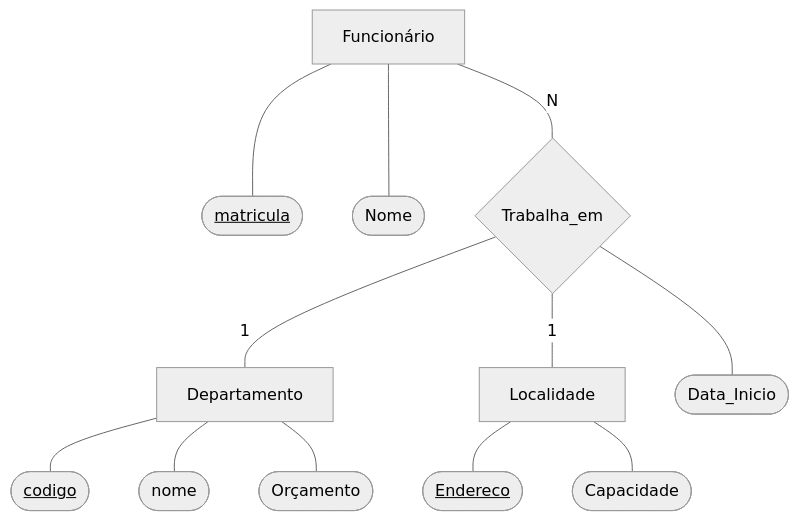
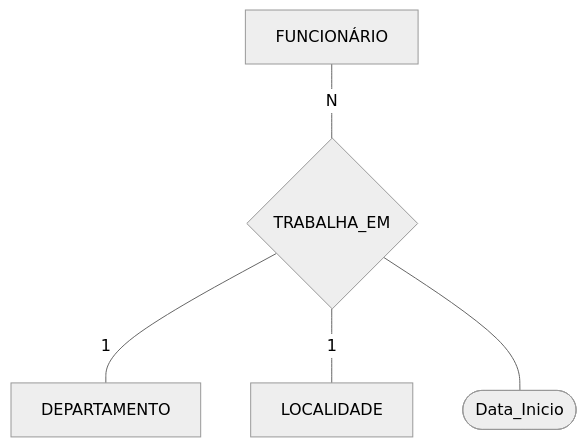
The third of 5 diagrams in 02. Modelagem de Dados/07. Modelo de entidades e relacionamentos estendido.md (leorruas/puc), drawn with Mermaid (neutral theme) before and after one commit. The commit also changed other lines of this file, not shown here.

Commit message:
Normaliza Mermaid do modelo entidade-relacionamento estendido

````diff
--- a/02. Modelagem de Dados/07. Modelo de entidades e relacionamentos estendido.md
+++ b/02. Modelagem de Dados/07. Modelo de entidades e relacionamentos estendido.md
@@ -141,29 +138,13 @@
 ```mermaid
 flowchart TD
-    Funcionario2["Funcionário"]
-    Matr2(["<u>matricula</u>"])
-    Nome2(["Nome"])
-    Funcionario2 --- Matr2
-    Funcionario2 --- Nome2
+    Funcionario["FUNCIONÁRIO"]:::data
+    Departamento["DEPARTAMENTO"]:::data
+    Localidade["LOCALIDADE"]:::data
+    Trabalha{"TRABALHA_EM"}:::core
+    DataInicio(["Data_Inicio"]):::component
 
-    Depto["Departamento"]
-    CodDepto(["<u>codigo</u>"])
-    NomeDepto(["nome"])
-    OrcDepto(["Orçamento"])
-    Depto --- CodDepto
-    Depto --- NomeDepto
-    Depto --- OrcDepto
-
-    Loc["Localidade"]
-    EndLoc(["<u>Endereco</u>"])
-    CapLoc(["Capacidade"])
-    Loc --- EndLoc
-    Loc --- CapLoc
-
-    Funcionario2 ---|"N"| RelTrab{"Trabalha_em"}
-    RelTrab ---|"1"| Depto
-    RelTrab ---|"1"| Loc
-
-    DataInicio(["Data_Inicio"])
-    RelTrab --- DataInicio
+    Funcionario ---|"N"| Trabalha
+    Trabalha ---|"1"| Departamento
+    Trabalha ---|"1"| Localidade
+    Trabalha --- DataInicio
 ```
````
